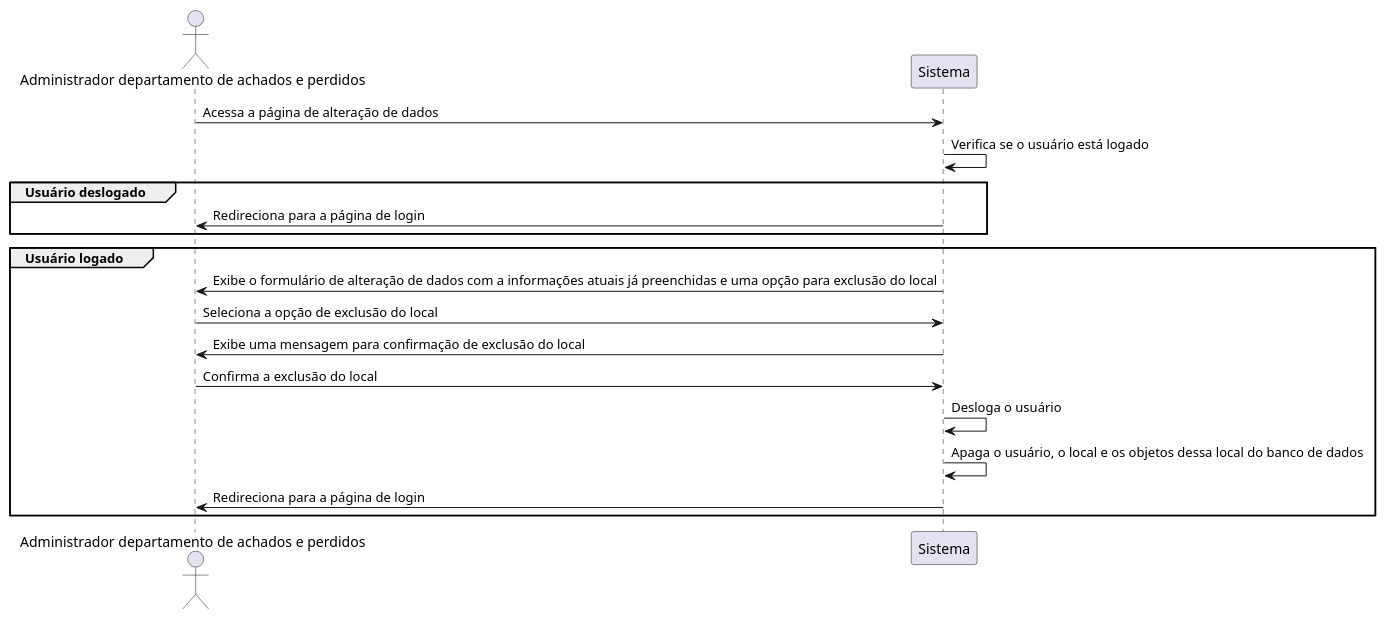
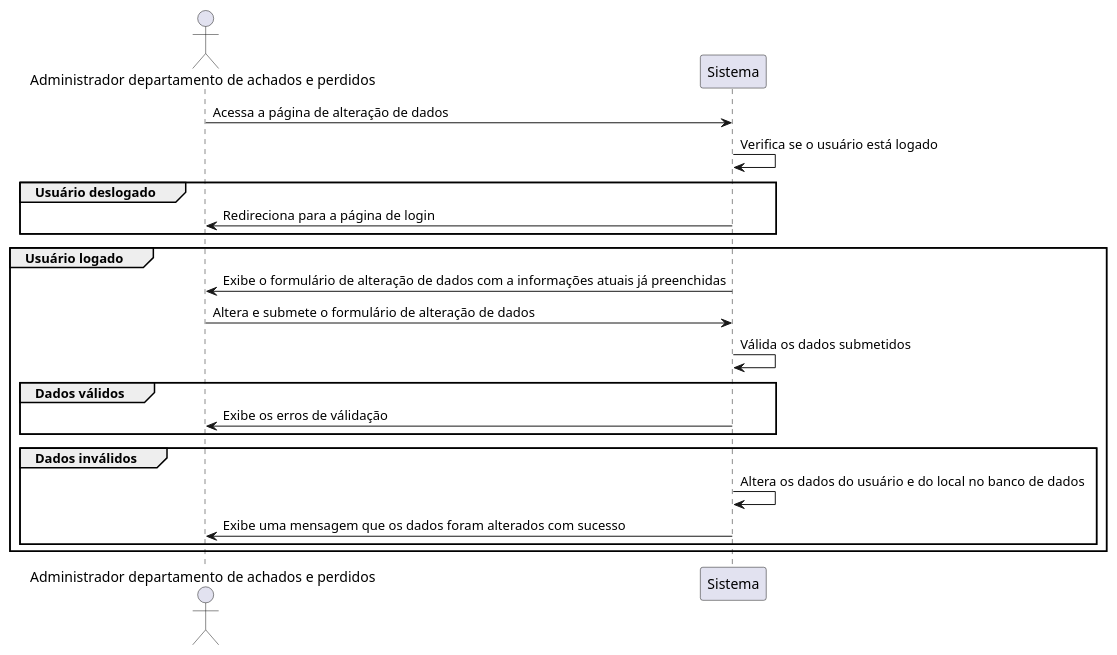
Before and after one commit to treinaweb/desafio-achados-e-perdidos: the diagram in casos-de-uso/administrador/RAP08.wsd, drawn with PlantUML. The commit also changed 11 other files, not shown here.

```diff
--- a/casos-de-uso/administrador/RAP08.wsd
+++ b/casos-de-uso/administrador/RAP08.wsd
@@ -1,23 +1,28 @@
 @startuml RAP08
 
 actor "Administrador departamento de achados e perdidos" as admin
 participant "Sistema" as sistema
 
 admin -> sistema: Acessa a página de alteração de dados
 sistema -> sistema: Verifica se o usuário está logado
 
 group Usuário deslogado
   sistema -> admin: Redireciona para a página de login
 end
 
 group Usuário logado
-  sistema -> admin: Exibe o formulário de alteração de dados com a informações atuais já preenchidas e uma opção para exclusão do local
-  admin -> sistema: Seleciona a opção de exclusão do local
-  sistema -> admin: Exibe uma mensagem para confirmação de exclusão do local
-  admin -> sistema: Confirma a exclusão do local
-  sistema -> sistema: Desloga o usuário
-  sistema -> sistema: Apaga o usuário, o local e os objetos dessa local do banco de dados
-  sistema -> admin: Redireciona para a página de login
+  sistema -> admin: Exibe o formulário de alteração de dados com a informações atuais já preenchidas
+  admin -> sistema: Altera e submete o formulário de alteração de dados
+  sistema -> sistema: Válida os dados submetidos
+
+  group Dados válidos
+    sistema -> admin: Exibe os erros de válidação
+  end
+
+  group Dados inválidos
+    sistema -> sistema: Altera os dados do usuário e do local no banco de dados
+    sistema -> admin: Exibe uma mensagem que os dados foram alterados com sucesso
+  end
 end
 
 @enduml
```
